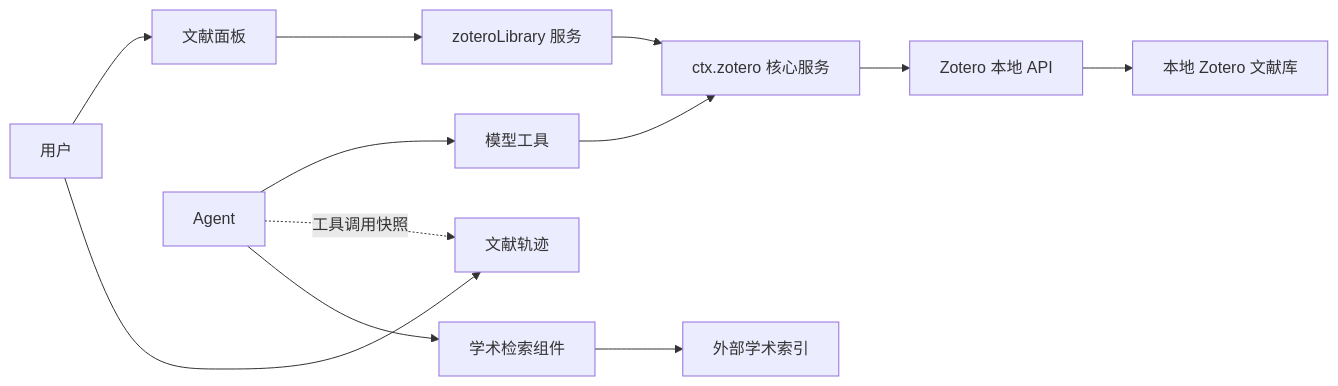
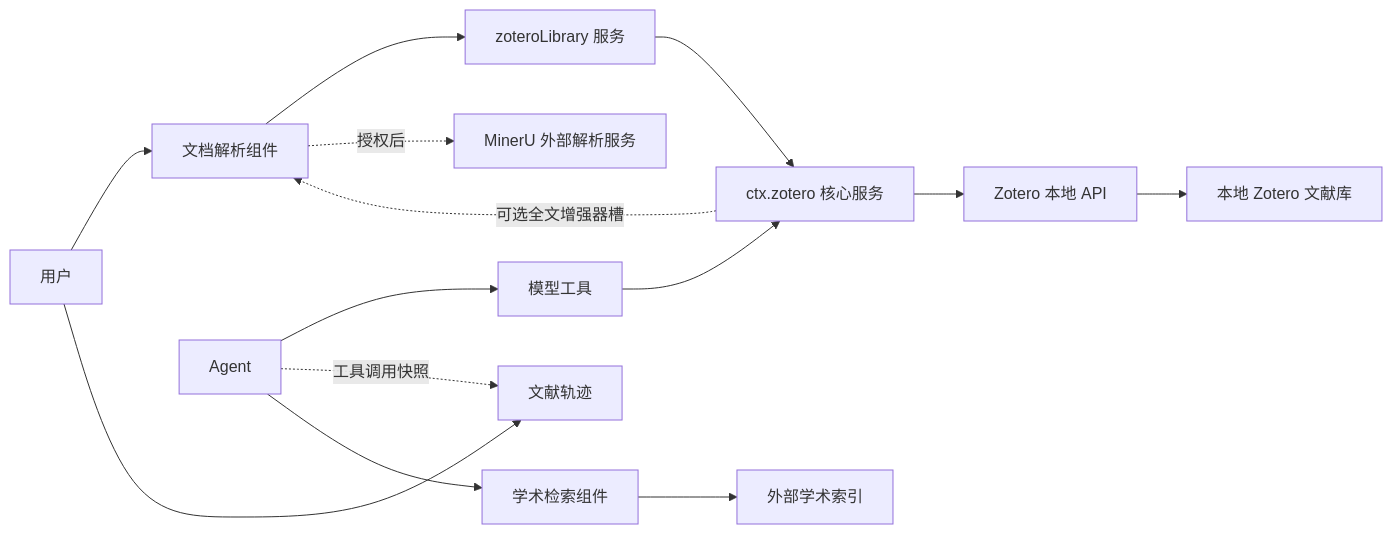
The diagram in docs/product-model.md (Vncntvx/dsh-zotero), drawn with Mermaid before and after one commit. The commit also changed other lines of this file and 58 other files, not shown here.

````diff
--- a/docs/product-model.md
+++ b/docs/product-model.md
@@ -56,13 +58,14 @@
 ```mermaid
 graph LR
     U[用户] --> P[文献面板]
     A[Agent] --> T[模型工具]
     P --> LS[zoteroLibrary 服务]
     T --> S[ctx.zotero 核心服务]
     LS --> S
     S --> Z[Zotero 本地 API]
     Z --> L[本地 Zotero 文献库]
     A -.->|工具调用快照| TR[文献轨迹]
     U --> TR
     A --> X[学术检索组件] --> E[外部学术索引]
+    S -.->|可选全文增强器槽| P[文档解析组件] -.->|授权后| M[MinerU 外部解析服务]
 ```
````
